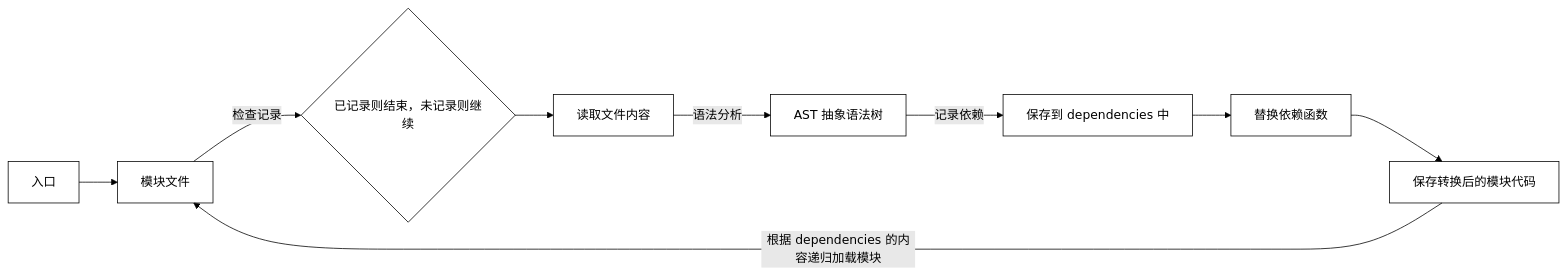
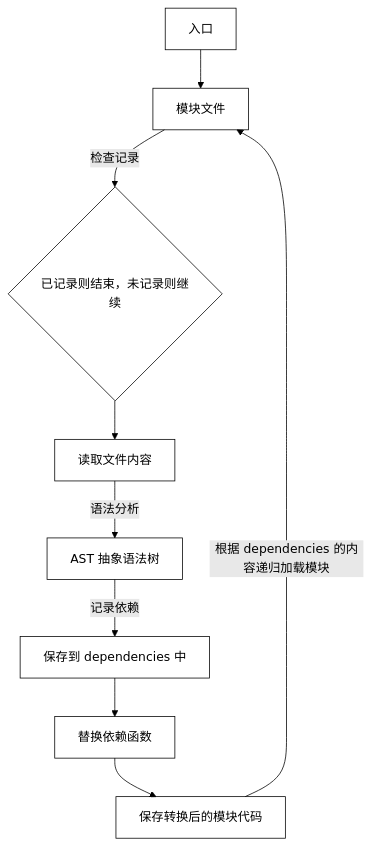
One commit to 1099571219/my-blog-site changed the first of 5 diagrams in source/_posts/Web -- Knowledge is infinite/前端/构建相关/webpack.md. Above: the diagram before and after it, drawn with Mermaid (forest theme).

Commit message:
webpack.md

````diff
--- a/source/_posts/Web -- Knowledge is infinite/前端/构建相关/webpack.md
+++ b/source/_posts/Web -- Knowledge is infinite/前端/构建相关/webpack.md
@@ -272,7 +272,7 @@
 ```mermaid
-graph LR
+graph TB
     in[入口]-->A
     A[模块文件]-->|检查记录|B{已记录则结束，未记录则继续}-->C[读取文件内容]-->|语法分析|D[AST 抽象语法树]-->|记录依赖|E[保存到 dependencies 中]-->F[替换依赖函数]-->G[保存转换后的模块代码]-->|根据 dependencies 的内容递归加载模块|A
     classDef reset fill:none,stroke:black;
     class in,A,B,C,D,E,F,G reset;
 ```
````
